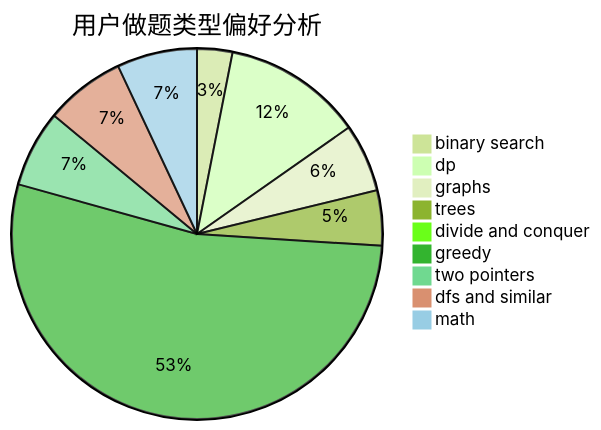
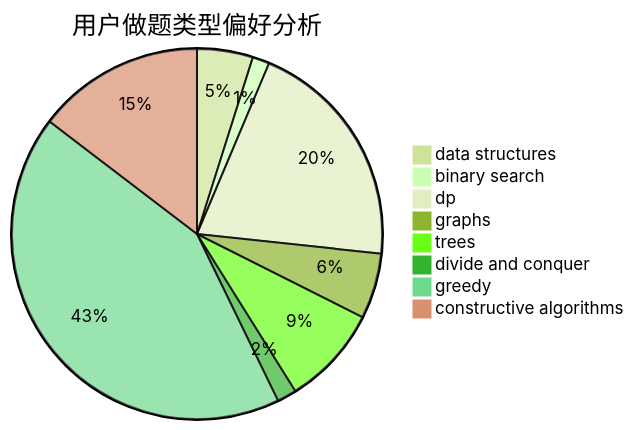
Before and after one commit to sherpahu/cfrs.github.io: the second of 3 diagrams in docs/user/u1522.md, drawn with Mermaid (forest theme). The commit also changed other lines of this file and 2775 other files, not shown here.

````diff
--- a/docs/user/u1522.md
+++ b/docs/user/u1522.md
@@ -23,12 +23,11 @@
 ```mermaid
 pie title 用户做题类型偏好分析
-    "binary search" :  41
-    "dp" :  162
-    "graphs" :  79
-    "trees" :  64
-    "divide and conquer" :  11
-    "greedy" :  709
-    "two pointers" :  89
-    "dfs and similar" :  93
-    "math" :  93
+    "data structures" :  23
+    "binary search" :  7
+    "dp" :  96
+    "graphs" :  27
+    "trees" :  41
+    "divide and conquer" :  8
+    "greedy" :  201
+    "constructive algorithms" :  69
 ```
````
